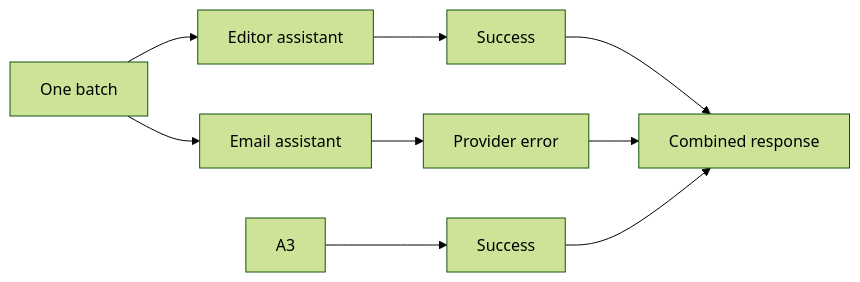
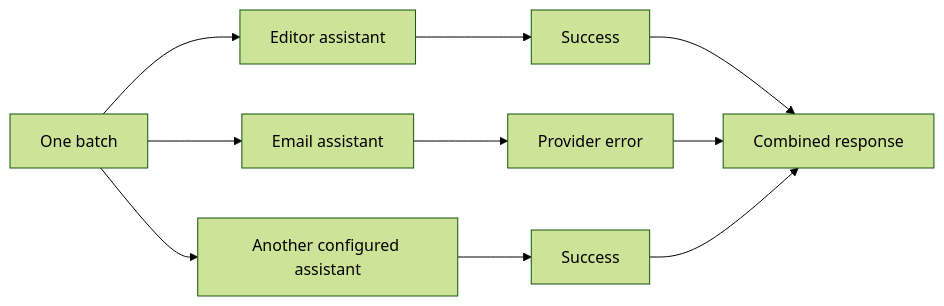
One commit to vsl/ai-text-enhancer changed the third of 3 diagrams in docs/app-flow.md. Above: the diagram before and after it, drawn with Mermaid (forest theme). The commit also changed other lines of this file and 205 other files, not shown here.

````diff
--- a/docs/app-flow.md
+++ b/docs/app-flow.md
@@ -136,11 +137,12 @@
 ```mermaid
 flowchart LR
     B["One batch"] --> A1["Editor assistant"]
     B --> A2["Email assistant"]
+    B --> A3["Another configured assistant"]
     A1 --> OK1["Success"]
     A2 --> ERR["Provider error"]
     A3 --> OK3["Success"]
     OK1 --> OUT["Combined response"]
     ERR --> OUT
     OK3 --> OUT
 ```
````
